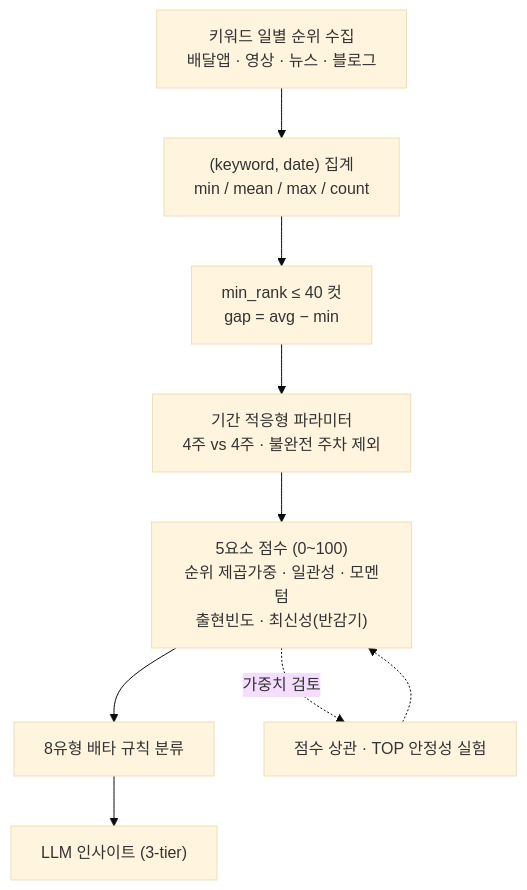
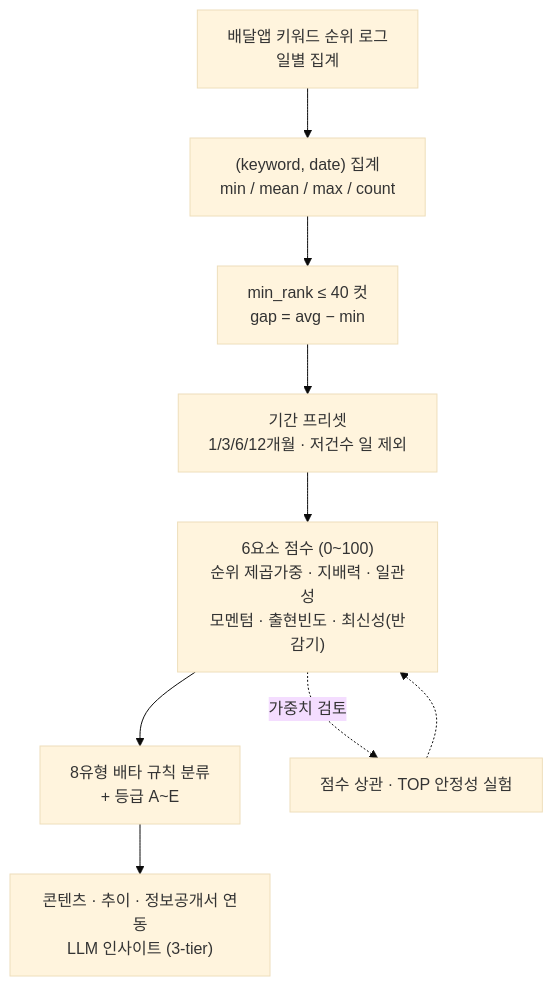
Before and after one commit to Azmo-Shin/Public_Portfolio: the first of 4 diagrams in 07_rule_based_scoring/README.md, drawn with Mermaid (base theme). The commit also changed other lines of this file and 4 other files, not shown here.

````diff
--- a/07_rule_based_scoring/README.md
+++ b/07_rule_based_scoring/README.md
@@ -14,11 +14,11 @@
 ```mermaid
 flowchart TD
-  A["키워드 일별 순위 수집<br/>배달앱 · 영상 · 뉴스 · 블로그"] --> B["(keyword, date) 집계<br/>min / mean / max / count"]
+  A["배달앱 키워드 순위 로그<br/>일별 집계"] --> B["(keyword, date) 집계<br/>min / mean / max / count"]
   B --> C["min_rank ≤ 40 컷<br/>gap = avg − min"]
-  C --> D1["기간 적응형 파라미터<br/>4주 vs 4주 · 불완전 주차 제외"]
-  D1 --> E["5요소 점수 (0~100)<br/>순위 제곱가중 · 일관성 · 모멘텀<br/>출현빈도 · 최신성(반감기)"]
-  E --> F["8유형 배타 규칙 분류"]
-  F --> G["LLM 인사이트 (3-tier)"]
+  C --> D1["기간 프리셋<br/>1/3/6/12개월 · 저건수 일 제외"]
+  D1 --> E["6요소 점수 (0~100)<br/>순위 제곱가중 · 지배력 · 일관성<br/>모멘텀 · 출현빈도 · 최신성(반감기)"]
+  E --> F["8유형 배타 규칙 분류<br/>+ 등급 A~E"]
+  F --> G["콘텐츠 · 추이 · 정보공개서 연동<br/>LLM 인사이트 (3-tier)"]
   E -.가중치 검토.-> H["점수 상관 · TOP 안정성 실험"]
   H -.-> E
 ```
````
